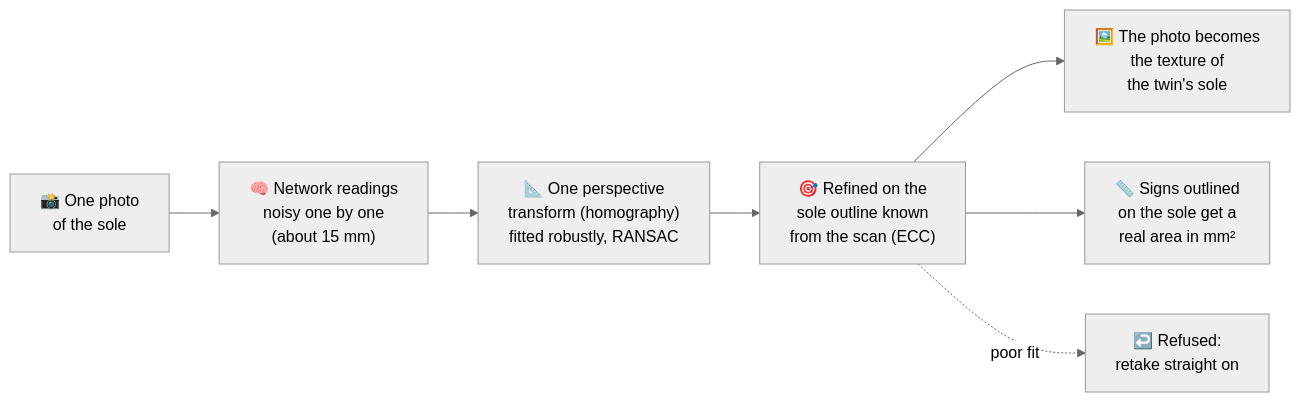
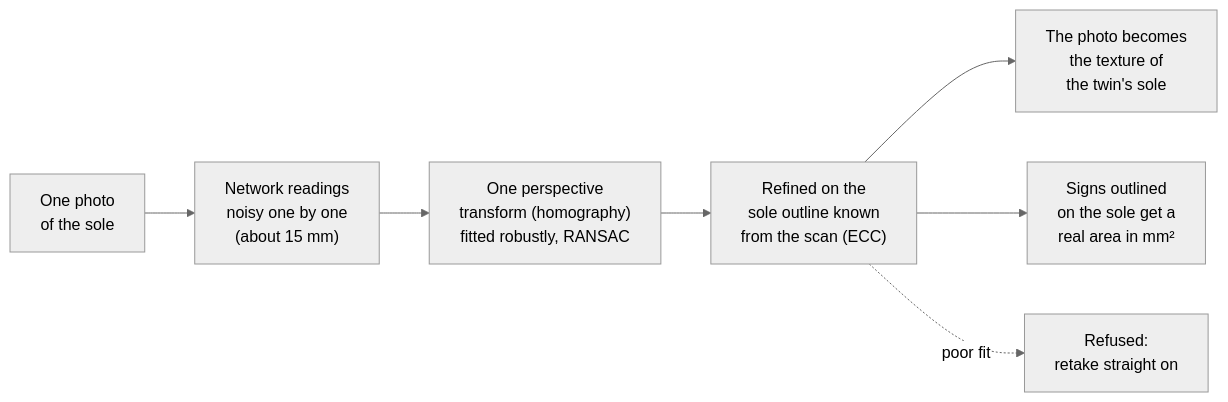
Before and after one commit to cybermo-bot/Khatwa: the third of 5 diagrams in README.md, drawn with Mermaid (neutral theme). The commit also changed other lines of this file, not shown here.

````diff
--- a/README.md
+++ b/README.md
@@ -133,9 +133,9 @@
 ```mermaid
 flowchart LR
-    SP["📸 One photo<br/>of the sole"] --> NR["🧠 Network readings<br/>noisy one by one<br/>(about 15 mm)"]
-    NR --> H["📐 One perspective<br/>transform (homography)<br/>fitted robustly, RANSAC"]
-    H --> E["🎯 Refined on the<br/>sole outline known<br/>from the scan (ECC)"]
-    E --> TX["🖼️ The photo becomes<br/>the texture of<br/>the twin's sole"]
-    E --> A2["📏 Signs outlined<br/>on the sole get a<br/>real area in mm²"]
-    E -.->|"poor fit"| RE["↩️ Refused:<br/>retake straight on"]
+    SP["One photo<br/>of the sole"] --> NR["Network readings<br/>noisy one by one<br/>(about 15 mm)"]
+    NR --> H["One perspective<br/>transform (homography)<br/>fitted robustly, RANSAC"]
+    H --> E["Refined on the<br/>sole outline known<br/>from the scan (ECC)"]
+    E --> TX["The photo becomes<br/>the texture of<br/>the twin's sole"]
+    E --> A2["Signs outlined<br/>on the sole get a<br/>real area in mm²"]
+    E -.->|"poor fit"| RE["Refused:<br/>retake straight on"]
 ```
````
